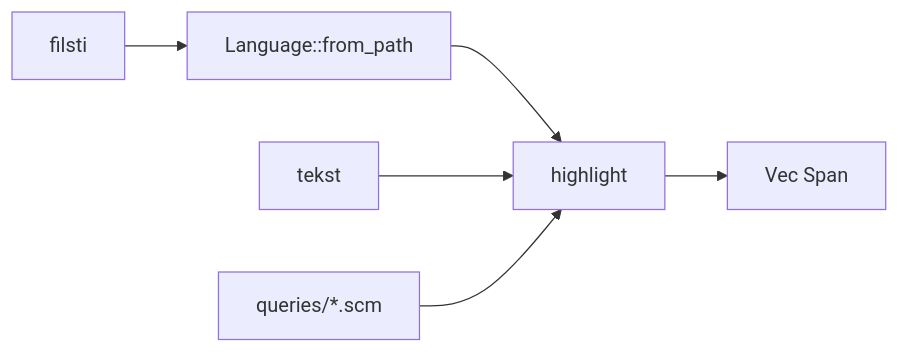
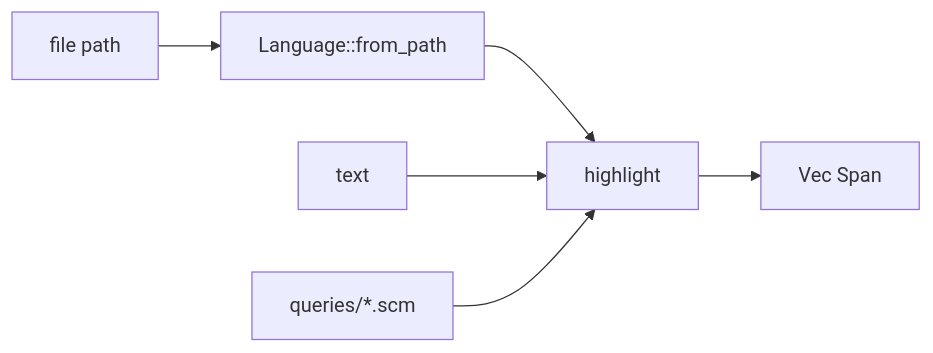
Before and after one commit to akemkers/jetdiff: the diagram in crates/jetdiff-syntax/README.md, drawn with Mermaid. The commit also changed other lines of this file and 15 other files, not shown here.

````diff
--- a/crates/jetdiff-syntax/README.md
+++ b/crates/jetdiff-syntax/README.md
@@ -28,8 +28,8 @@
 ```mermaid
 graph LR
-    path[filsti] --> lang[Language::from_path]
+    path[file path] --> lang[Language::from_path]
     lang --> hl[highlight]
-    text[tekst] --> hl
+    text[text] --> hl
     queries[queries/*.scm] --> hl
     hl --> spans[Vec Span]
 ```
````
